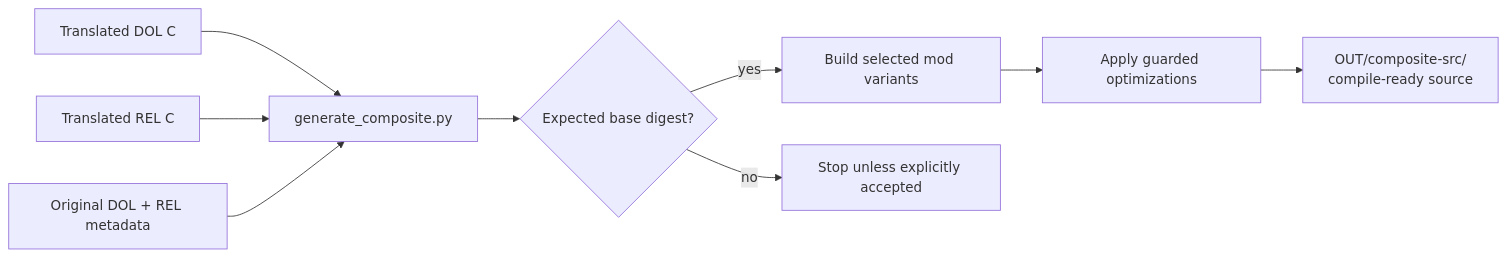
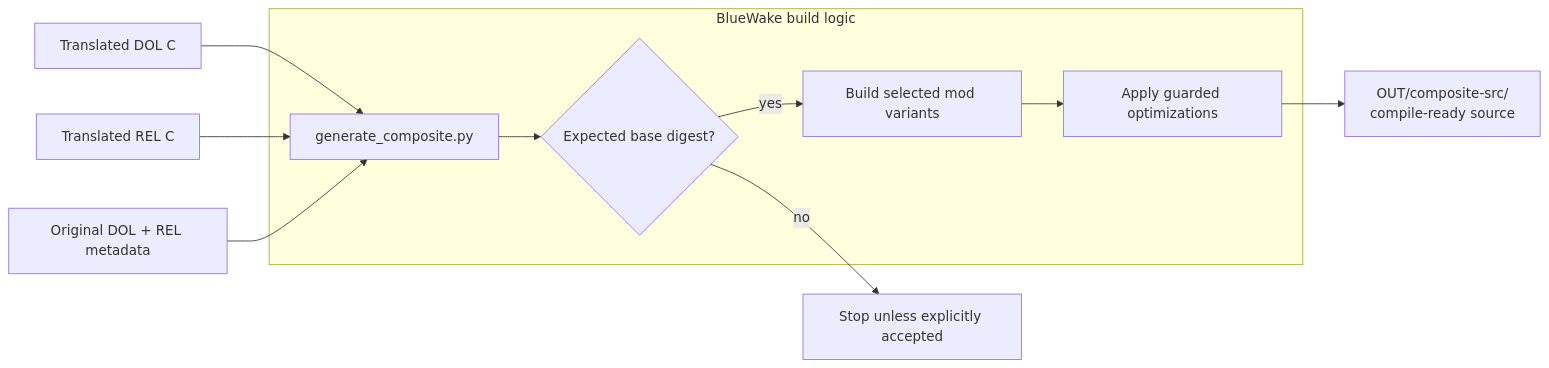
One commit to Aelbannan/boat_of_daphnes changed the eighth of 10 diagrams in docs/architecture/Build.md. Above: the diagram before and after it, drawn with Mermaid. The commit also changed other lines of this file, not shown here.

Commit message:
docs: mark BlueWake composition boundary

````diff
--- a/docs/architecture/Build.md
+++ b/docs/architecture/Build.md
@@ -416,18 +416,22 @@
 ```mermaid
 flowchart LR
     DolC["Translated DOL C"]
     RelC["Translated REL C"]
     Binaries["Original DOL + REL metadata"]
-    Generate["generate_composite.py"]
-    Verify{"Expected base digest?"}
-    Variants["Build selected mod variants"]
-    Prepare["Apply guarded optimizations"]
     Ready["OUT/composite-src/<br/>compile-ready source"]
+    Stop["Stop unless explicitly accepted"]
+
+    subgraph BlueWake["BlueWake build logic"]
+        Generate["generate_composite.py"]
+        Verify{"Expected base digest?"}
+        Variants["Build selected mod variants"]
+        Prepare["Apply guarded optimizations"]
+    end
 
     DolC --> Generate
     RelC --> Generate
     Binaries --> Generate
     Generate --> Verify
     Verify -->|yes| Variants --> Prepare --> Ready
-    Verify -->|no| Stop["Stop unless explicitly accepted"]
+    Verify -->|no| Stop
 ```
````
